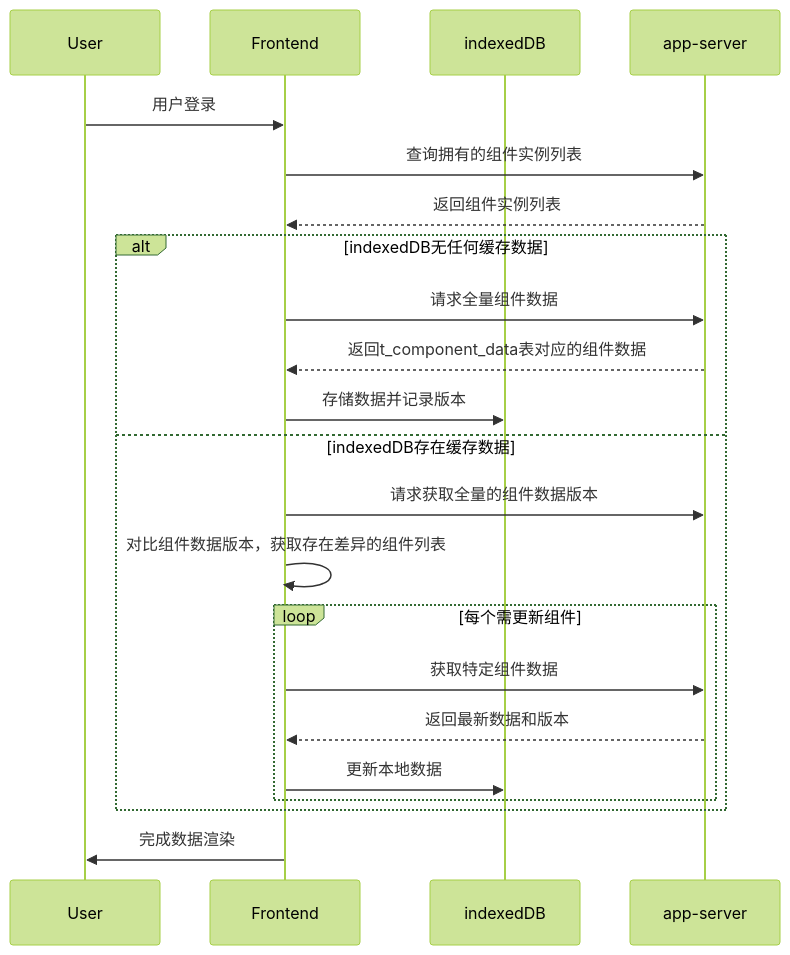
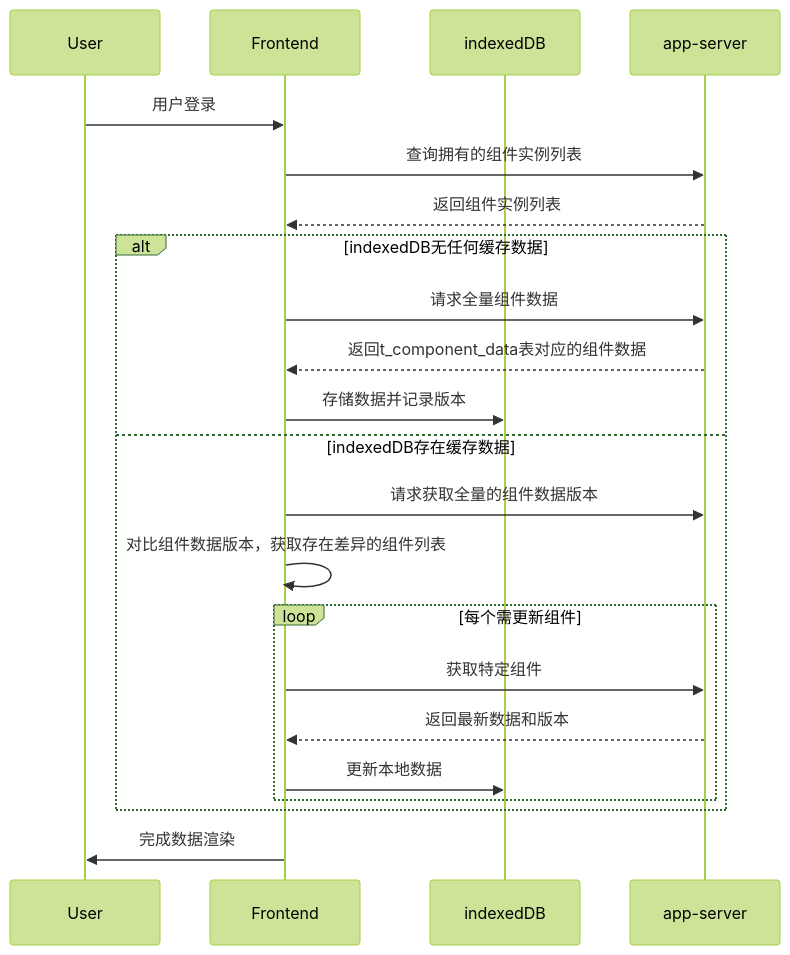
One commit to yingjianzh/iodraw-files changed the diagram in all/未命名-25.md. Above: the diagram before and after it, drawn with Mermaid (forest theme).

Commit message:
2025-02-25 10:52:16 update

````diff
--- a/all/未命名-25.md
+++ b/all/未命名-25.md
@@ -1,29 +1,29 @@
 ```mermaid
 
 sequenceDiagram
     participant User
     participant Frontend
     participant indexedDB
     participant app-server
 
 
     User->>Frontend: 用户登录
     Frontend->>app-server: 查询拥有的组件实例列表
     app-server-->>Frontend: 返回组件实例列表
     
     alt indexedDB无任何缓存数据
         Frontend->>app-server: 请求全量组件数据
         app-server-->>Frontend: 返回t_component_data表对应的组件数据
         Frontend->>indexedDB: 存储数据并记录版本
     else indexedDB存在缓存数据
         Frontend->>app-server: 请求获取全量的组件数据版本
         Frontend->>Frontend: 对比组件数据版本，获取存在差异的组件列表
         loop 每个需更新组件
-            Frontend->>app-server: 获取特定组件数据
+            Frontend->>app-server: 获取特定组件
             app-server-->>Frontend: 返回最新数据和版本
             Frontend->>indexedDB: 更新本地数据
         end
     end
     Frontend->>User: 完成数据渲染
 
 ```
````
